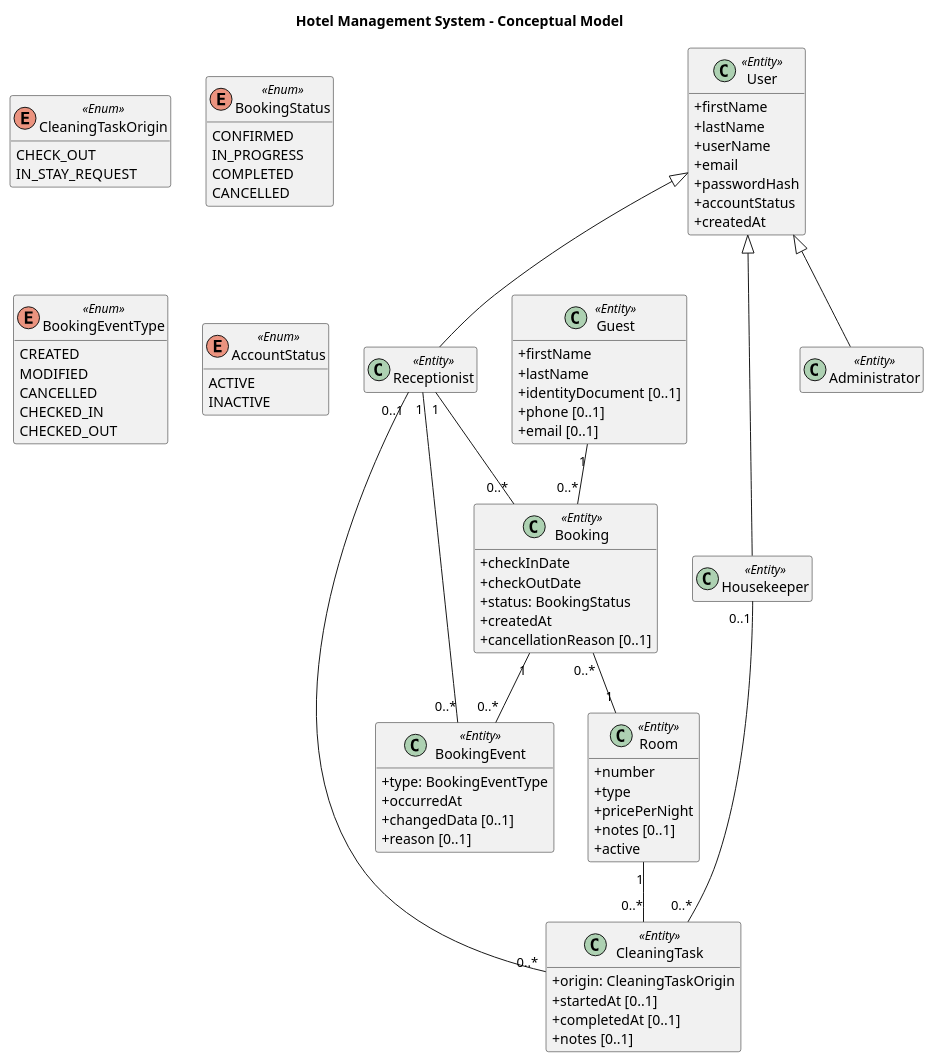
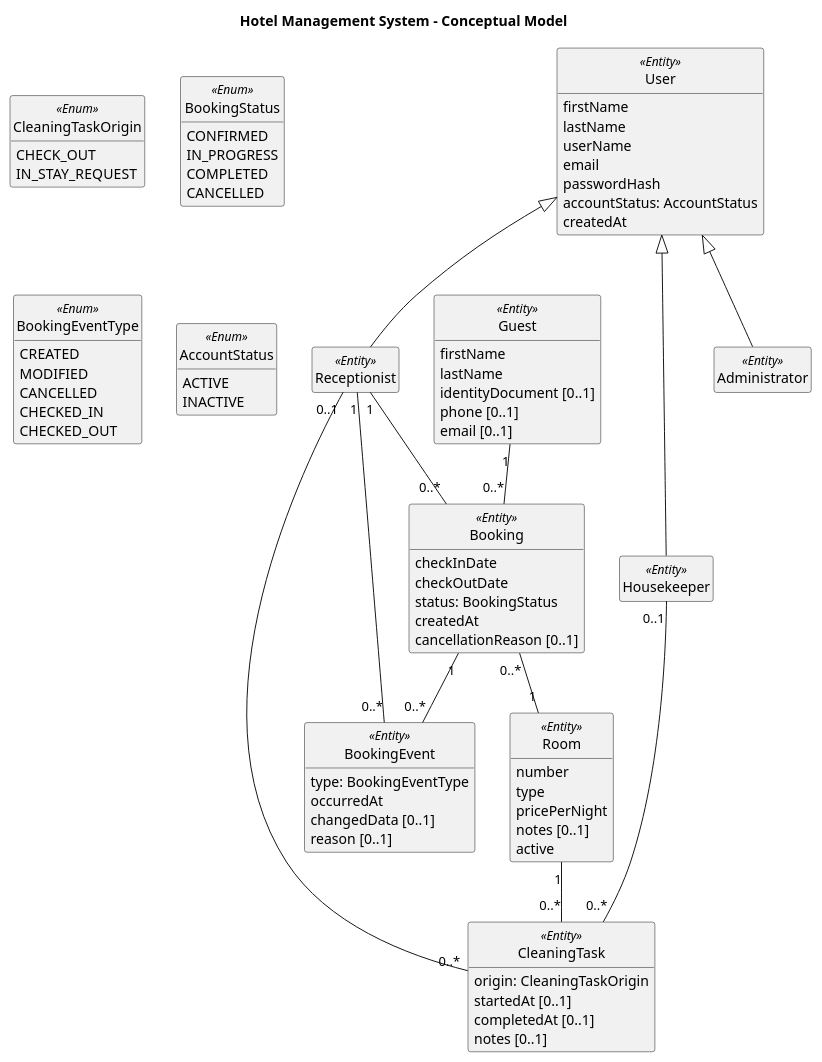
Before and after one commit to VVF2245/hotel-management-system: the diagram in docs/diagrams/conceptual_model.puml, drawn with PlantUML.

Commit message:
docs: refine entities in conceptual model diagram

```diff
--- a/docs/diagrams/conceptual_model.puml
+++ b/docs/diagrams/conceptual_model.puml
@@ -1,101 +1,103 @@
 @startuml ConceptualModel
 title Hotel Management System - Conceptual Model
+
+hide circle
+hide empty members
 skinparam classAttributeIconSize 0
-hide empty members
 
 ' ===== Enums =====
 enum CleaningTaskOrigin <<Enum>> {
   CHECK_OUT
   IN_STAY_REQUEST
 }
 
 enum BookingStatus <<Enum>> {
   CONFIRMED
   IN_PROGRESS
   COMPLETED
   CANCELLED
 }
 
 enum BookingEventType <<Enum>> {
   CREATED
   MODIFIED
   CANCELLED
   CHECKED_IN
   CHECKED_OUT
 }
 
 enum AccountStatus <<Enum>> {
   ACTIVE
   INACTIVE
 }
 
 ' ===== Entities =====
-class User <<Entity>> {
-  + firstName
-  + lastName
-  + userName
-  + email
-  + passwordHash
-  + accountStatus
-  + createdAt
+entity User <<Entity>> {
+  firstName
+  lastName
+  userName
+  email
+  passwordHash
+  accountStatus: AccountStatus
+  createdAt
 }
 
-class Receptionist <<Entity>>
-class Housekeeper <<Entity>>
-class Administrator <<Entity>>
+entity Receptionist <<Entity>>
+entity Housekeeper <<Entity>>
+entity Administrator <<Entity>>
 
-class Guest <<Entity>> {
-  + firstName
-  + lastName
-  + identityDocument [0..1]
-  + phone [0..1]
-  + email [0..1]
+entity Guest <<Entity>> {
+  firstName
+  lastName
+  identityDocument [0..1]
+  phone [0..1]
+  email [0..1]
 }
 
-class Booking <<Entity>> {
-  + checkInDate
-  + checkOutDate
-  + status: BookingStatus
-  + createdAt
-  + cancellationReason [0..1]
+entity Booking <<Entity>> {
+  checkInDate
+  checkOutDate
+  status: BookingStatus
+  createdAt
+  cancellationReason [0..1]
 }
 
-class BookingEvent <<Entity>> {
-  + type: BookingEventType
-  + occurredAt
-  + changedData [0..1]
-  + reason [0..1]
+entity BookingEvent <<Entity>> {
+  type: BookingEventType
+  occurredAt
+  changedData [0..1]
+  reason [0..1]
 }
 
-class Room <<Entity>> {
-  + number
-  + type
-  + pricePerNight
-  + notes [0..1]
-  + active
+entity Room <<Entity>> {
+  number
+  type
+  pricePerNight
+  notes [0..1]
+  active
 }
 
-class CleaningTask <<Entity>> {
-  + origin: CleaningTaskOrigin
-  + startedAt [0..1]
-  + completedAt [0..1]
-  + notes [0..1]
+entity CleaningTask <<Entity>> {
+  origin: CleaningTaskOrigin
+  startedAt [0..1]
+  completedAt [0..1]
+  notes [0..1]
 }
 
 ' ===== Inheritance =====
 User <|-- Receptionist
 User <|-- Housekeeper
 User <|-- Administrator
 
 ' ===== Associations =====
 Receptionist "1" -- "0..*" Booking
 Receptionist "1" -- "0..*" BookingEvent
 Receptionist "0..1" -- "0..*" CleaningTask
 Housekeeper "0..1" -- "0..*" CleaningTask
 
 Guest "1" -- "0..*" Booking
 Booking "1" -- "0..*" BookingEvent
 Booking "0..*" -- "1" Room
 Room "1" -- "0..*" CleaningTask
 
 @enduml
```
